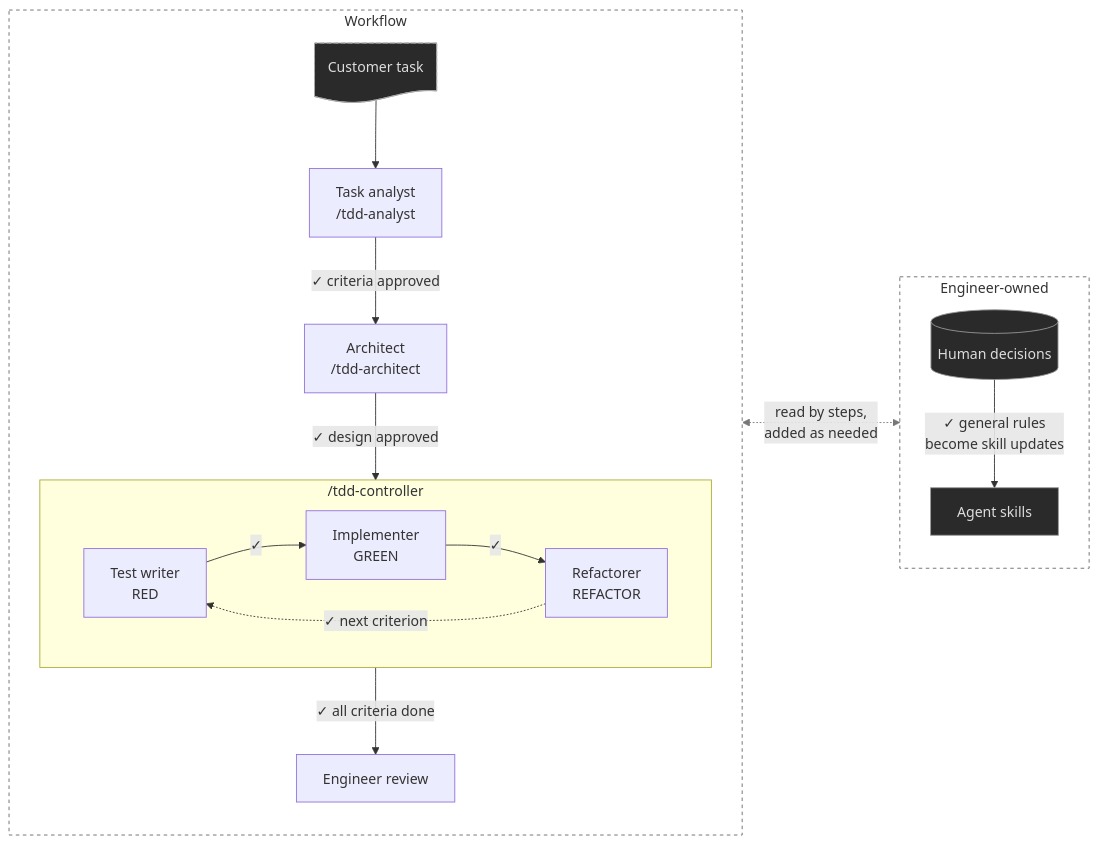
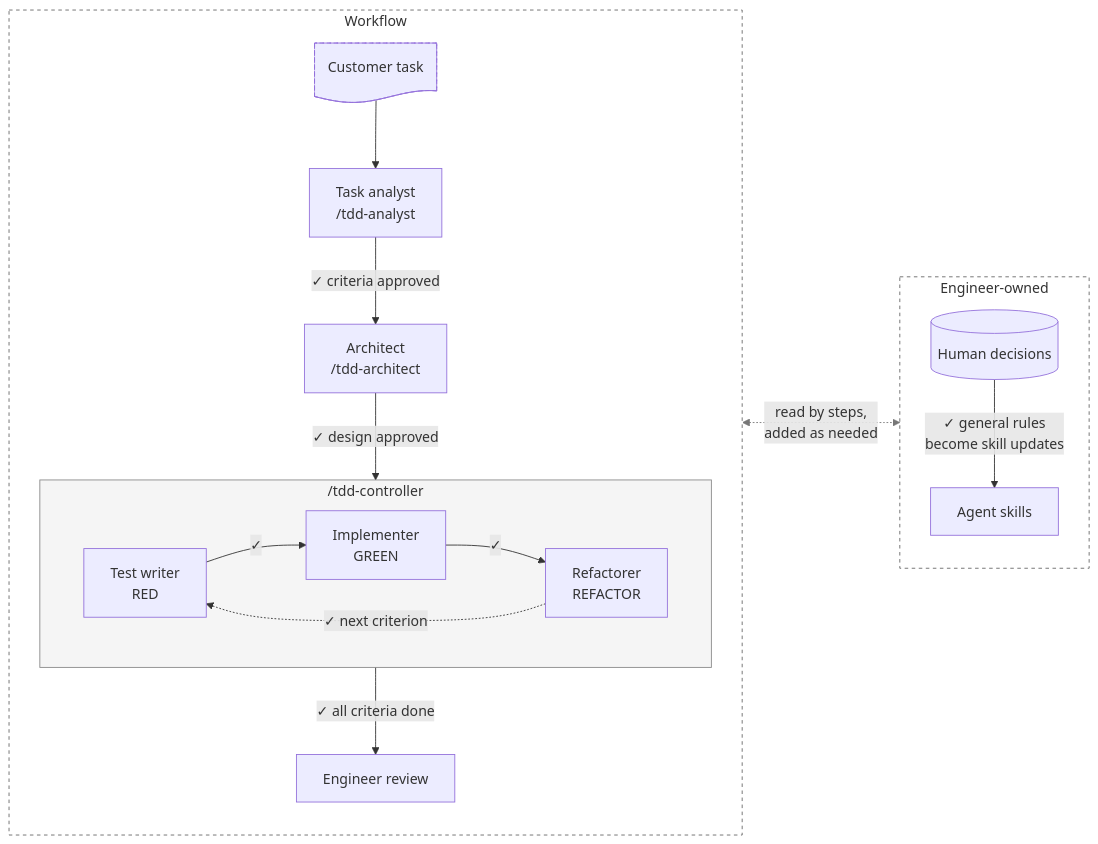
The diagram in README.md (michal-pekala/AgenticTDD), drawn with Mermaid before and after one commit.

Commit message:
Use theme colors in the README diagram
Drop the fixed dark fills so nodes follow GitHub's light and dark themes,
keep a dashed border on the customer task, and give the controller box a
neutral transparent gray instead of the default yellow.

````diff
--- a/README.md
+++ b/README.md
@@ -12,38 +12,37 @@
 ```mermaid
 flowchart LR
     subgraph WF ["Workflow"]
         direction TB
         T@{ shape: doc, label: "Customer task" }
         T --> A["Task analyst<br/>/tdd-analyst"]
         A -->|"✓ criteria approved"| R["Architect<br/>/tdd-architect"]
         R -->|"✓ design approved"| C
 
         subgraph C ["/tdd-controller"]
             direction LR
             W["Test writer<br/>RED"]
             I["Implementer<br/>GREEN"]
             F["Refactorer<br/>REFACTOR"]
             W -->|"✓"| I
             I -->|"✓"| F
             F -.->|"✓ next criterion"| W
         end
 
         C -->|"✓ all criteria done"| E["Engineer review"]
     end
 
     subgraph H ["Engineer-owned"]
         direction TB
         D[("Human decisions")]
         S["Agent skills"]
         D -->|"✓ general rules<br/>become skill updates"| S
     end
 
     WF <-.->|"read by steps,<br/>added as needed"| H
 
     linkStyle 8 stroke:#777,stroke-width:1px
     style WF fill:none,stroke:#666,stroke-dasharray:4 4
     style H fill:none,stroke:#666,stroke-dasharray:4 4
-    style D fill:#2a2a2a,stroke:#999,color:#ddd
-    style S fill:#2a2a2a,stroke:#999,color:#ddd
-    style T fill:#2a2a2a,stroke:#aaa,stroke-dasharray:5 3,color:#ddd
+    style C fill:#80808014,stroke:#888
+    style T stroke-dasharray:5 3
 ```
````
